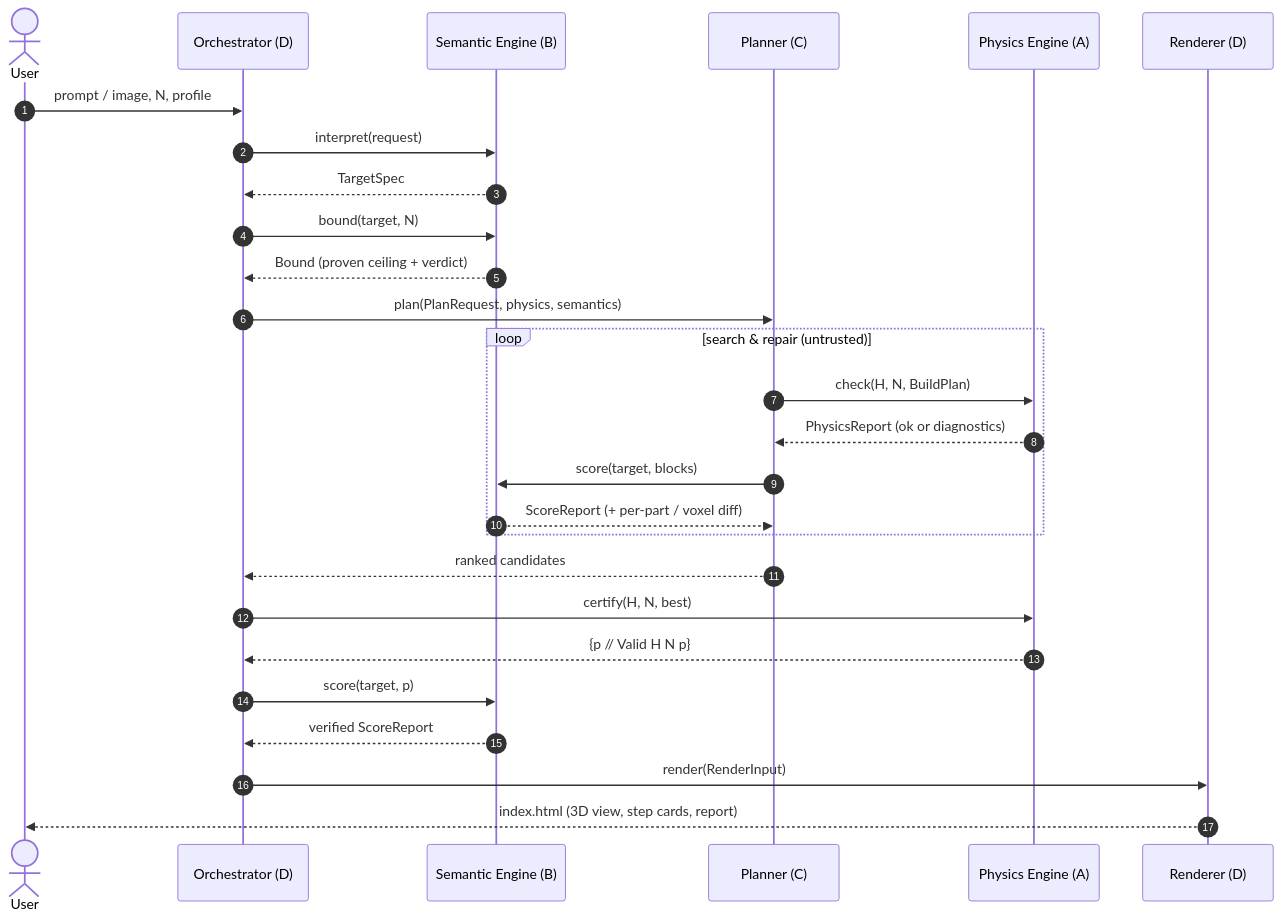
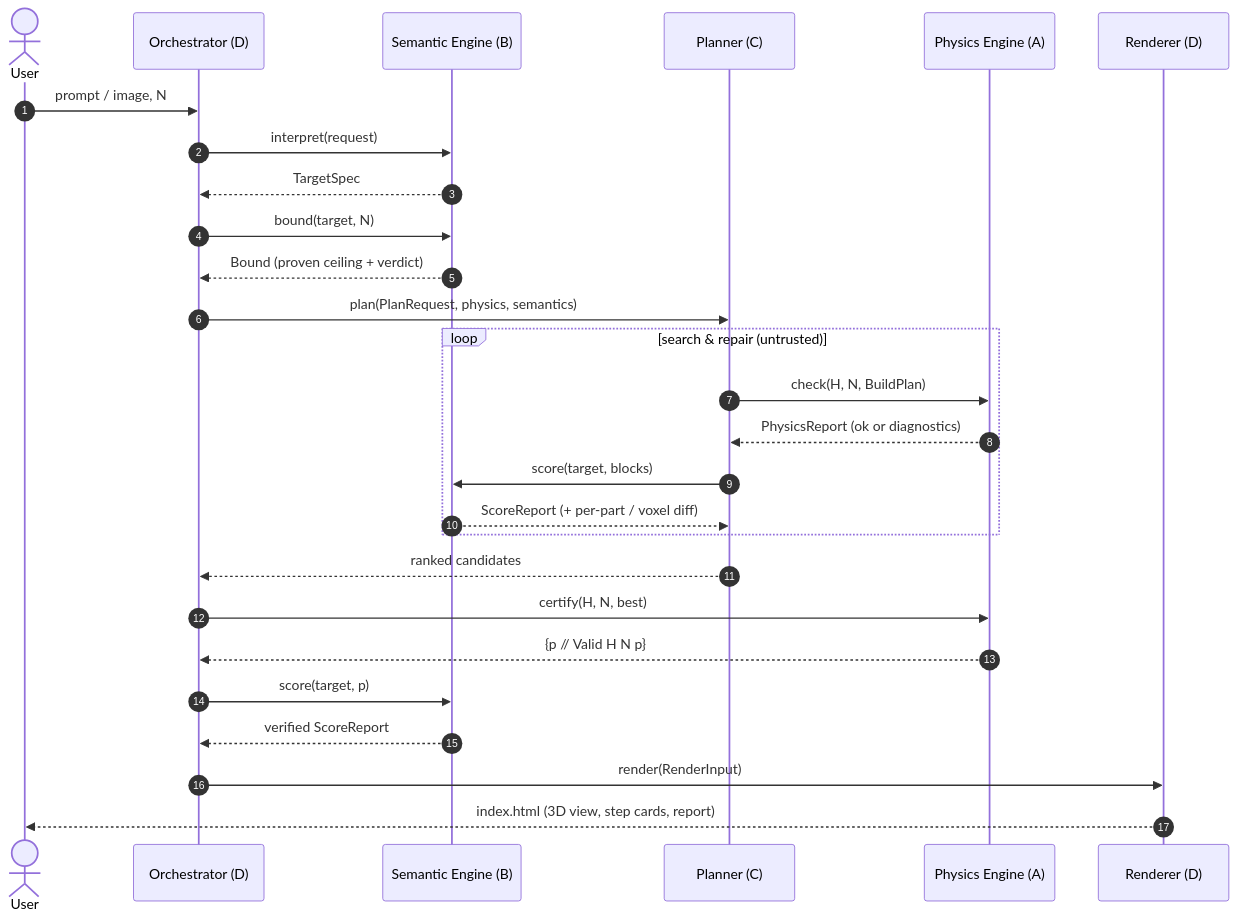
Before and after one commit to johspaeth/KaplaBuilder: the fifth of 7 diagrams in docs/WORKSPLIT.md, drawn with Mermaid. The commit also changed other lines of this file and 9 other files, not shown here.

````diff
--- a/docs/WORKSPLIT.md
+++ b/docs/WORKSPLIT.md
@@ -255,30 +255,30 @@
 ```mermaid
 sequenceDiagram
   autonumber
   actor U as User
   participant O as Orchestrator (D)
   participant S as Semantic Engine (B)
   participant P as Planner (C)
   participant Ph as Physics Engine (A)
   participant R as Renderer (D)
 
-  U->>O: prompt / image, N, profile
+  U->>O: prompt / image, N
   O->>S: interpret(request)
   S-->>O: TargetSpec
   O->>S: bound(target, N)
   S-->>O: Bound (proven ceiling + verdict)
   O->>P: plan(PlanRequest, physics, semantics)
   loop search & repair (untrusted)
     P->>Ph: check(H, N, BuildPlan)
     Ph-->>P: PhysicsReport (ok or diagnostics)
     P->>S: score(target, blocks)
     S-->>P: ScoreReport (+ per-part / voxel diff)
   end
   P-->>O: ranked candidates
   O->>Ph: certify(H, N, best)
   Ph-->>O: {p // Valid H N p}
   O->>S: score(target, p)
   S-->>O: verified ScoreReport
   O->>R: render(RenderInput)
   R-->>U: index.html (3D view, step cards, report)
 ```
````
